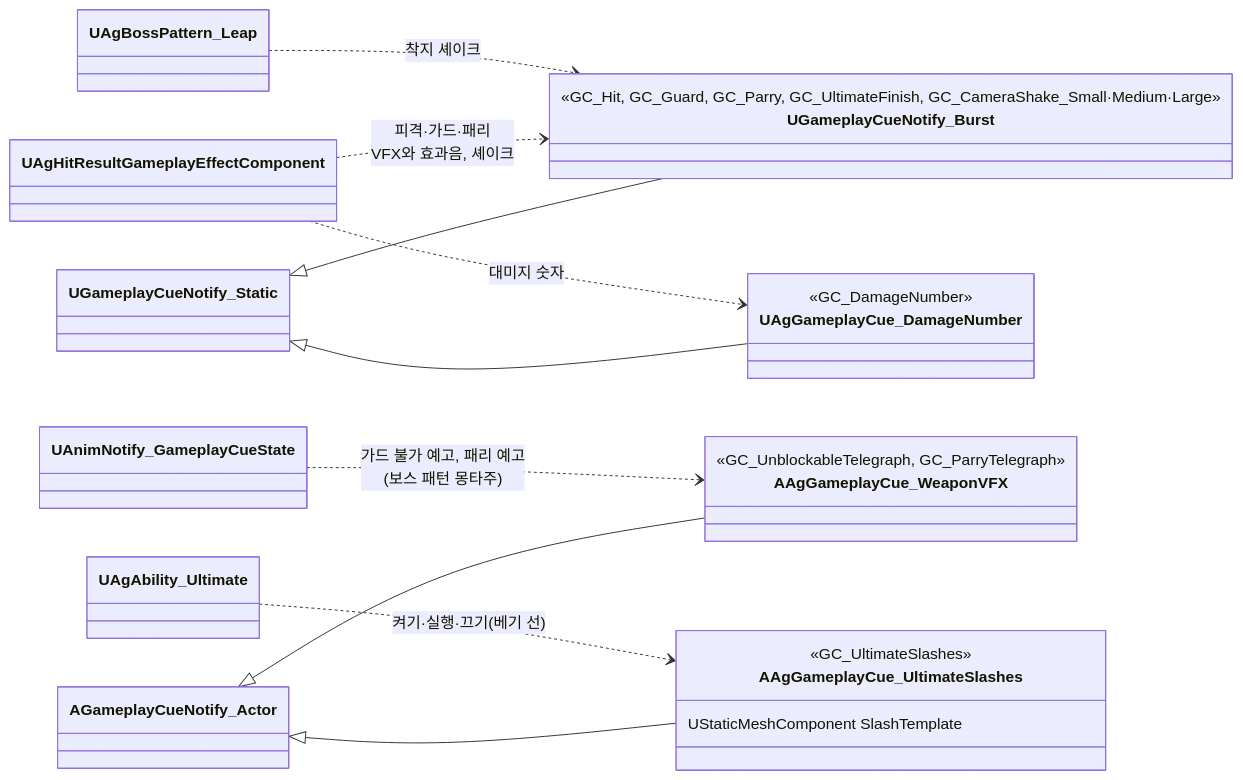
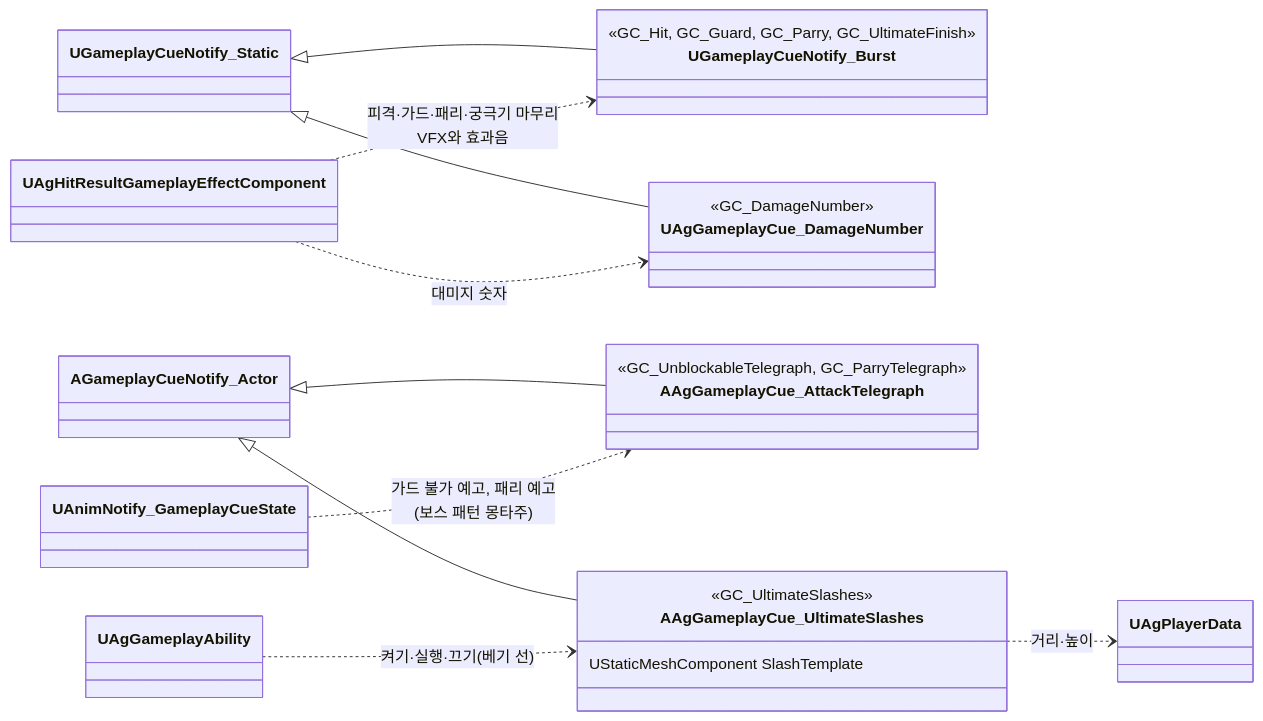
Before and after one commit to Woogl/Ag: the second of 2 diagrams in Docs/Program/전투 규칙.md, drawn with Mermaid. The commit also changed other lines of this file and 241 other files, not shown here.

````diff
--- a/Docs/Program/전투 규칙.md
+++ b/Docs/Program/전투 규칙.md
@@ -52,27 +56,27 @@
 ```mermaid
 classDiagram
     direction LR
     class UGameplayCueNotify_Burst {
-        <<GC_Hit, GC_Guard, GC_Parry, GC_UltimateFinish, GC_CameraShake_Small·Medium·Large>>
+        <<GC_Hit, GC_Guard, GC_Parry, GC_UltimateFinish>>
     }
     class UAgGameplayCue_DamageNumber {
         <<GC_DamageNumber>>
     }
-    class AAgGameplayCue_WeaponVFX {
+    class AAgGameplayCue_AttackTelegraph {
         <<GC_UnblockableTelegraph, GC_ParryTelegraph>>
     }
     class AAgGameplayCue_UltimateSlashes {
         <<GC_UltimateSlashes>>
         UStaticMeshComponent SlashTemplate
     }
     UGameplayCueNotify_Static <|-- UGameplayCueNotify_Burst
     UGameplayCueNotify_Static <|-- UAgGameplayCue_DamageNumber
-    AGameplayCueNotify_Actor <|-- AAgGameplayCue_WeaponVFX
+    AGameplayCueNotify_Actor <|-- AAgGameplayCue_AttackTelegraph
     AGameplayCueNotify_Actor <|-- AAgGameplayCue_UltimateSlashes
 
-    UAgHitResultGameplayEffectComponent ..> UGameplayCueNotify_Burst : 피격·가드·패리<br>VFX와 효과음, 셰이크
+    UAgHitResultGameplayEffectComponent ..> UGameplayCueNotify_Burst : 피격·가드·패리·궁극기 마무리<br>VFX와 효과음
     UAgHitResultGameplayEffectComponent ..> UAgGameplayCue_DamageNumber : 대미지 숫자
-    UAgBossPattern_Leap ..> UGameplayCueNotify_Burst : 착지 셰이크
-    UAnimNotify_GameplayCueState ..> AAgGameplayCue_WeaponVFX : 가드 불가 예고, 패리 예고<br>(보스 패턴 몽타주)
-    UAgAbility_Ultimate ..> AAgGameplayCue_UltimateSlashes : 켜기·실행·끄기(베기 선)
+    UAnimNotify_GameplayCueState ..> AAgGameplayCue_AttackTelegraph : 가드 불가 예고, 패리 예고<br>(보스 패턴 몽타주)
+    UAgGameplayAbility ..> AAgGameplayCue_UltimateSlashes : 켜기·실행·끄기(베기 선)
+    AAgGameplayCue_UltimateSlashes ..> UAgPlayerData : 거리·높이
 ```
````
